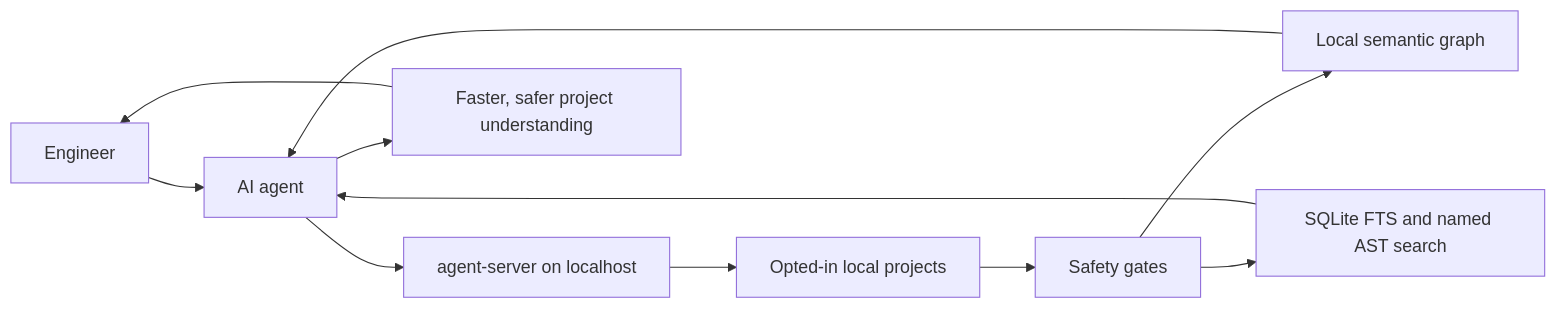
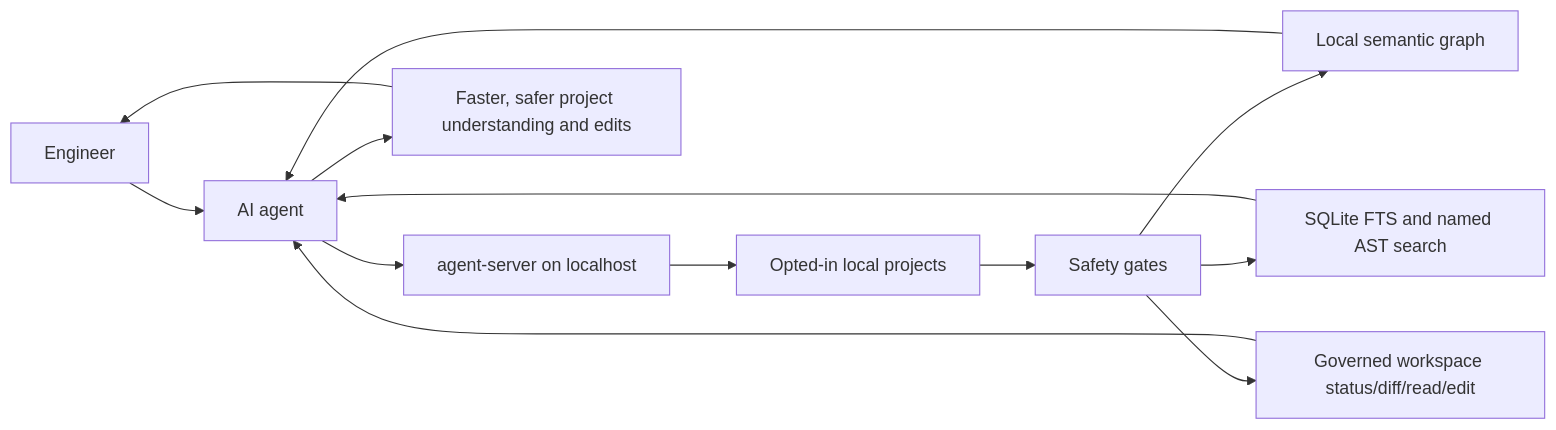
The diagram in docs/business-overview.md (MiviaLabs/go-mivia), drawn with Mermaid before and after one commit. The commit also changed other lines of this file and 6 other files, not shown here.

````diff
--- a/docs/business-overview.md
+++ b/docs/business-overview.md
@@ -11,22 +11,25 @@
 ```mermaid
 flowchart LR
   Engineer["Engineer"]
   Agent["AI agent"]
   Server["agent-server on localhost"]
   Projects["Opted-in local projects"]
   Safety["Safety gates"]
   Graph["Local semantic graph"]
   Search["SQLite FTS and named AST search"]
-  Outcome["Faster, safer project understanding"]
+  Workspace["Governed workspace status/diff/read/edit"]
+  Outcome["Faster, safer project understanding and edits"]
 
   Engineer --> Agent
   Agent --> Server
   Server --> Projects
   Projects --> Safety
   Safety --> Graph
   Safety --> Search
+  Safety --> Workspace
   Graph --> Agent
   Search --> Agent
+  Workspace --> Agent
   Agent --> Outcome
   Outcome --> Engineer
 ```
````
